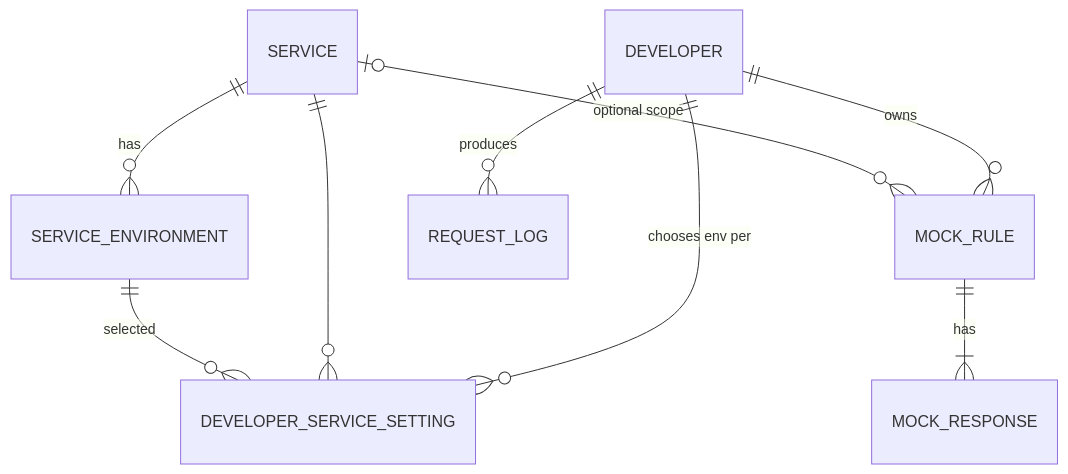
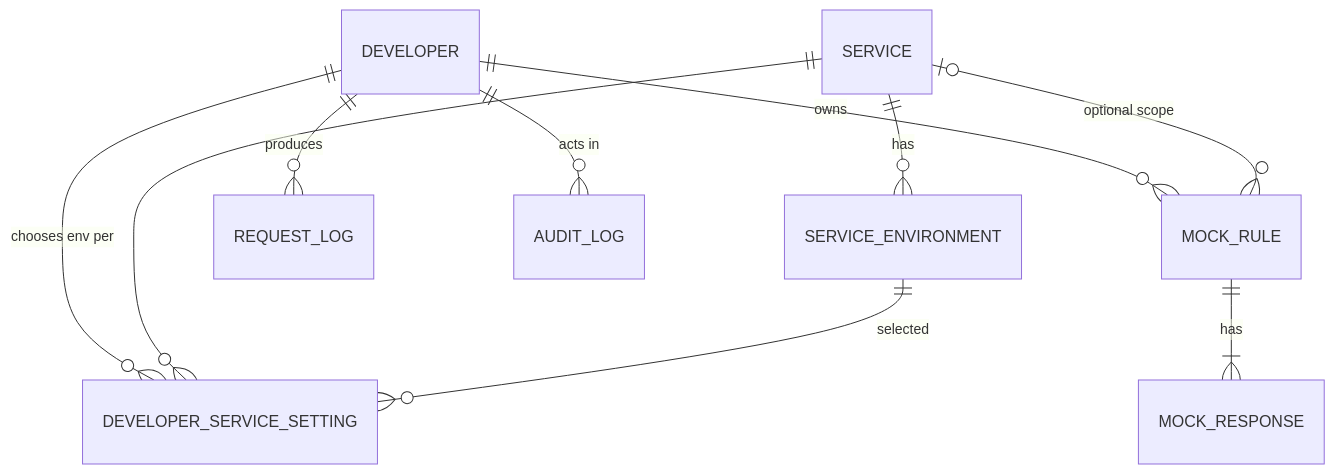
Before and after one commit to modarreszadeh/Mockan: the third of 3 diagrams in Agent/mockan-architecture.md, drawn with Mermaid. The commit also changed other lines of this file and 6 other files, not shown here.

````diff
--- a/Agent/mockan-architecture.md
+++ b/Agent/mockan-architecture.md
@@ -273,11 +298,12 @@
 ```mermaid
 erDiagram
     DEVELOPER ||--o{ DEVELOPER_SERVICE_SETTING : "chooses env per"
     SERVICE ||--o{ SERVICE_ENVIRONMENT : has
     SERVICE ||--o{ DEVELOPER_SERVICE_SETTING : ""
     SERVICE_ENVIRONMENT ||--o{ DEVELOPER_SERVICE_SETTING : selected
     DEVELOPER ||--o{ MOCK_RULE : owns
     SERVICE |o--o{ MOCK_RULE : "optional scope"
     MOCK_RULE ||--|{ MOCK_RESPONSE : has
     DEVELOPER ||--o{ REQUEST_LOG : produces
+    DEVELOPER ||--o{ AUDIT_LOG : "acts in"
 ```
````
